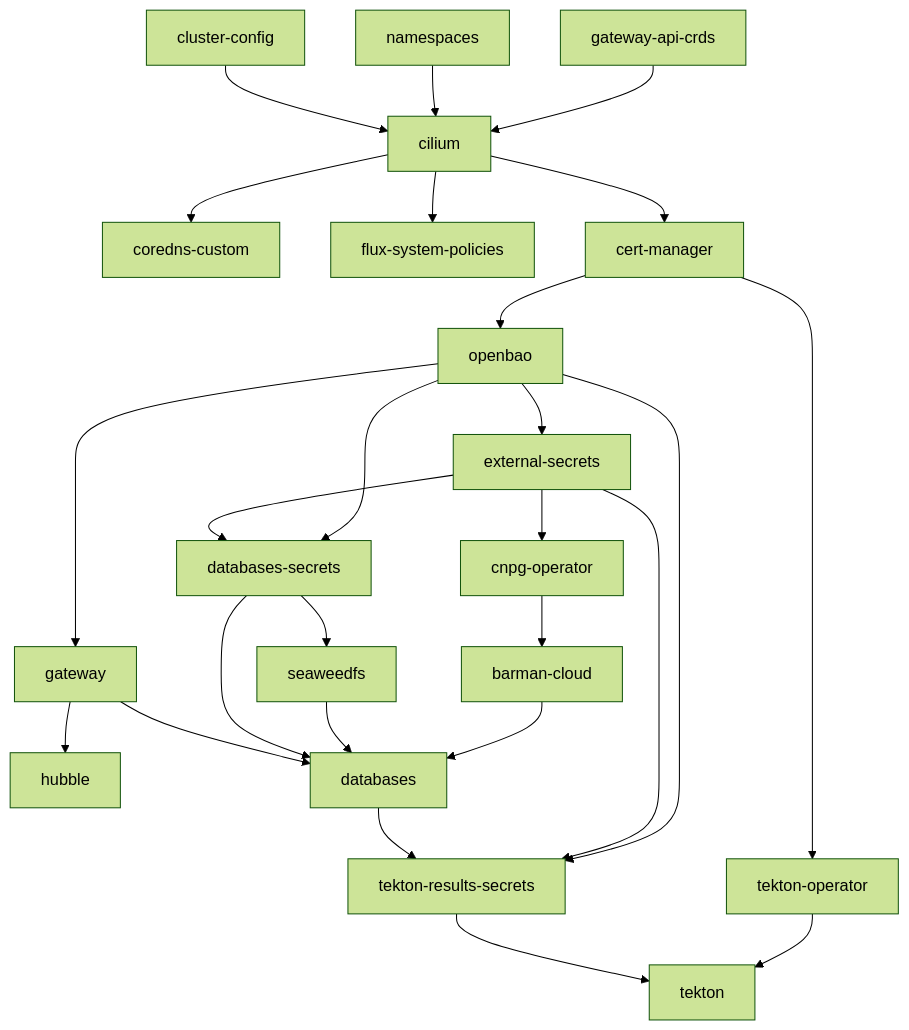
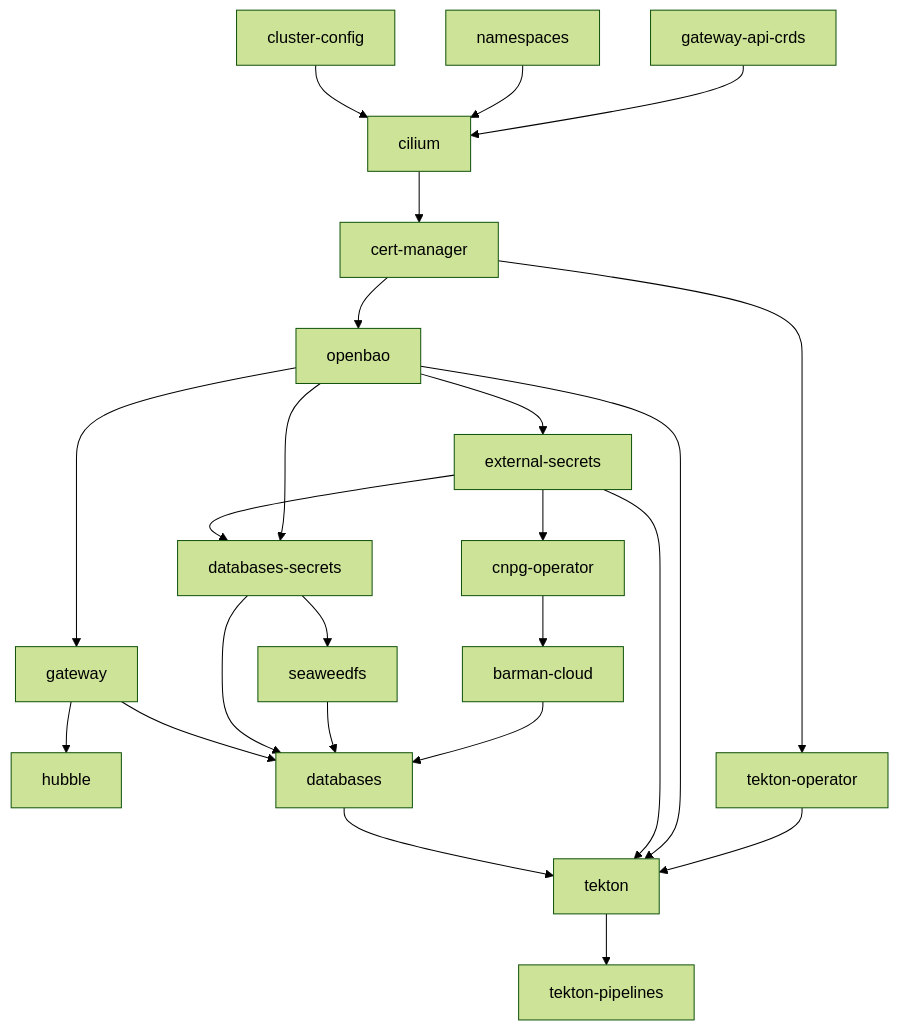
The diagram in docs/INSTALLATION.md (DragonBishop/data_science_cluster), drawn with Mermaid (forest theme) before and after one commit. The commit also changed other lines of this file and 4 other files, not shown here.

````diff
--- a/docs/INSTALLATION.md
+++ b/docs/INSTALLATION.md
@@ -355,38 +355,36 @@
 ```mermaid
 flowchart TD
     %% Base Foundations
     crds["gateway-api-crds"] --> cilium["cilium"]
     ns["namespaces"] --> cilium
     cc["cluster-config"] --> cilium
 
     %% Core Services & PKI
-    cilium --> coredns["coredns-custom"]
-    cilium --> fluxpolicies["flux-system-policies"]
     cilium --> certmgr["cert-manager"]
     certmgr --> openbao["openbao"]
 
     %% Platform Services
     openbao --> eso["external-secrets"]
     eso --> cnpg["cnpg-operator"]
     cnpg --> barman["barman-cloud"]
 
     openbao --> gw["gateway"]
     gw --> hubble["hubble"]
 
     %% Applications
     openbao --> dbsecrets["databases-secrets"]
     eso --> dbsecrets
     dbsecrets --> seaweedfs["seaweedfs"]
     barman --> db["databases"]
     seaweedfs --> db
     dbsecrets --> db
     gw --> db
 
     %% CI
     certmgr --> tektonop["tekton-operator"]
-    openbao --> trsecrets["tekton-results-secrets"]
-    eso --> trsecrets
-    db --> trsecrets
     tektonop --> tekton["tekton"]
-    trsecrets --> tekton
+    openbao --> tekton
+    eso --> tekton
+    db --> tekton
+    tekton --> tektonpipelines["tekton-pipelines"]
 ```
````
